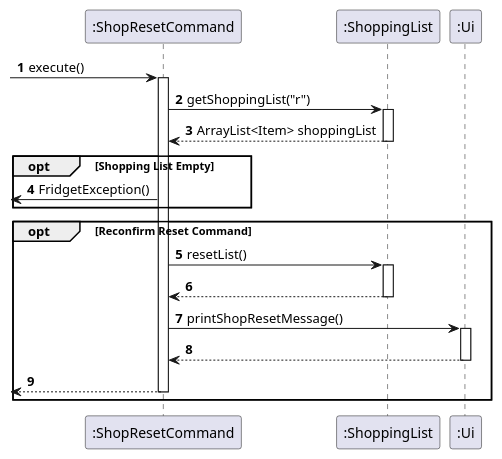
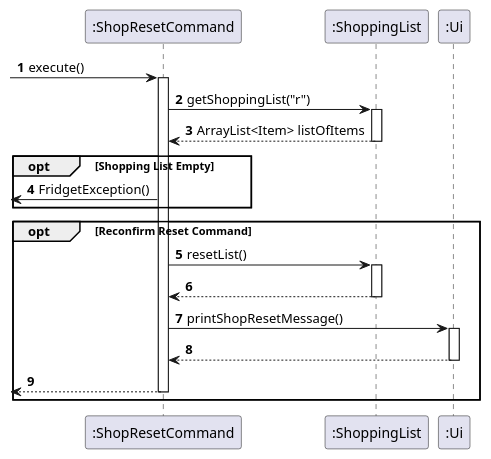
Before and after one commit to uosjapuelks/tp: the diagram in docs/pumlFiles/ShopResetSequence.puml, drawn with PlantUML. The commit also changed 3 other files, not shown here.

Commit message:
Fix Reset and ShopReset sequences

```diff
--- a/docs/pumlFiles/ShopResetSequence.puml
+++ b/docs/pumlFiles/ShopResetSequence.puml
@@ -1,33 +1,33 @@
 @startuml
 'https://plantuml.com/sequence-diagram
 
 autonumber
 
 -> ":ShopResetCommand": execute()
 activate ":ShopResetCommand"
 
 ":ShopResetCommand" -> ":ShoppingList": getShoppingList("r")
 activate ":ShoppingList"
-":ShopResetCommand" <-- ":ShoppingList": ArrayList<Item> shoppingList
+":ShopResetCommand" <-- ":ShoppingList": ArrayList<Item> listOfItems
 deactivate ":ShoppingList"
 
 opt Shopping List Empty
 <- ":ShopResetCommand": FridgetException()
 end
 
 opt Reconfirm Reset Command
 
     ":ShopResetCommand" -> ":ShoppingList": resetList()
     activate ":ShoppingList"
     ":ShopResetCommand" <-- ":ShoppingList":
     deactivate ":ShoppingList"
 
     ":ShopResetCommand" -> ":Ui": printShopResetMessage()
     activate ":Ui"
     ":ShopResetCommand" <-- ":Ui"
     deactivate ":Ui"
 
     <-- ":ShopResetCommand"
     deactivate ":ShopResetCommand"
 end
 @enduml
```
